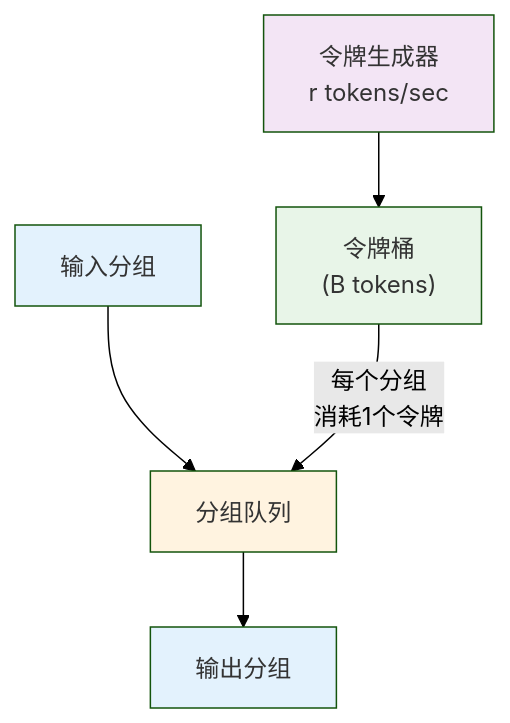
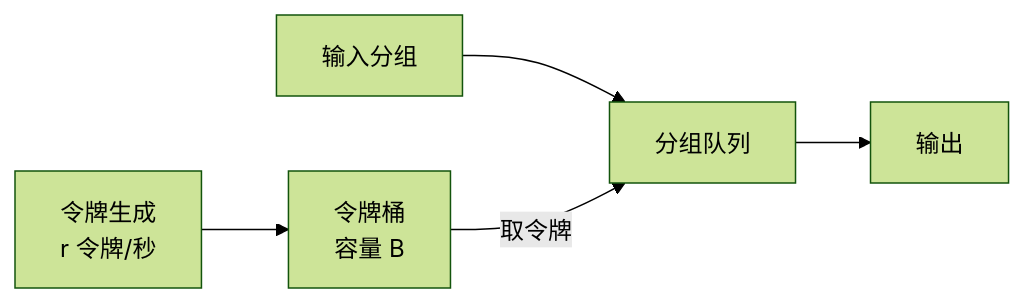
Before and after one commit to Dtheme/CS-base: the fifth of 5 diagrams in 计算机网络/4.2网络层：路由器体系结构.md, drawn with Mermaid (forest theme). The commit also changed other lines of this file and 51 other files, not shown here.

````diff
--- a/计算机网络/4.2网络层：路由器体系结构.md
+++ b/计算机网络/4.2网络层：路由器体系结构.md
@@ -705,13 +378,7 @@
 ```mermaid
-graph TD
-    A["令牌生成器<br/>r tokens/sec"] --> B["令牌桶<br/>(B tokens)"]
-    C["输入分组"] --> D["分组队列"]
-    B --> |"每个分组<br/>消耗1个令牌"| D
-    D --> E["输出分组"]
-    
-    style A fill:#f3e5f5,color:#333
-    style B fill:#e8f5e8,color:#333
-    style C fill:#e3f2fd,color:#333
-    style D fill:#fff3e0,color:#333
-    style E fill:#e3f2fd,color:#333
+graph LR
+    G["令牌生成<br/>r 令牌/秒"] --> K["令牌桶<br/>容量 B"]
+    P["输入分组"] --> Q["分组队列"]
+    K -->|取令牌| Q
+    Q --> O["输出"]
 ```
````
